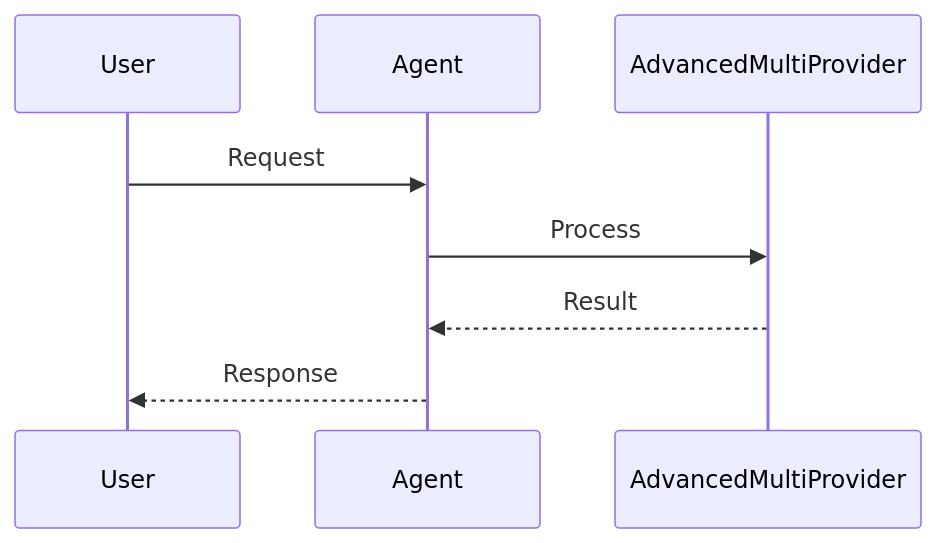
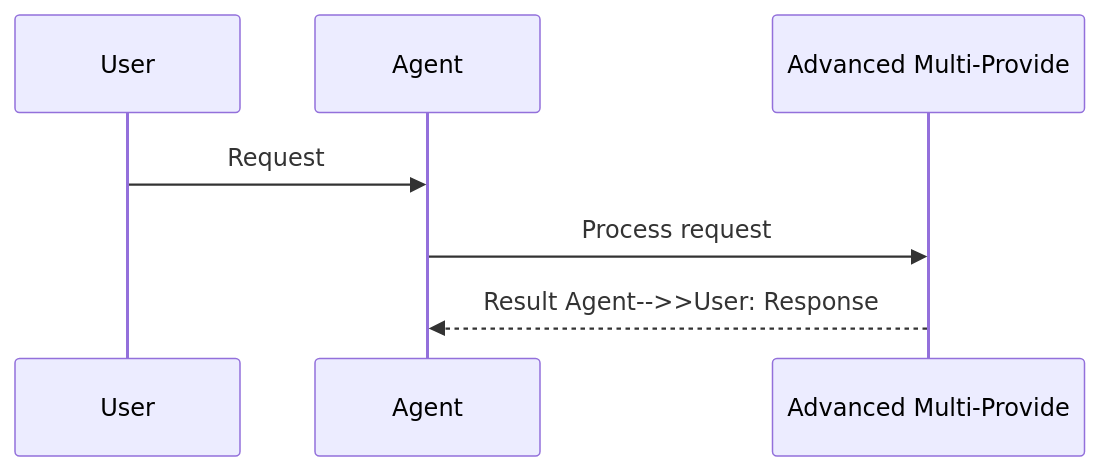
Before and after one commit to MervinPraison/PraisonAIDocs: the second of 2 diagrams in docs/features/multi-provider-advanced.mdx, drawn with Mermaid. The commit also changed 204 other files, not shown here.

First line of the commit message:
docs: align feature/tool pages with AGENTS.md hero + sequence + import standards (fixes #1775)

````diff
--- a/docs/features/multi-provider-advanced.mdx
+++ b/docs/features/multi-provider-advanced.mdx
@@ -44,11 +44,10 @@
 ```mermaid
 sequenceDiagram
     participant User
     participant Agent
-    participant AdvancedMultiProvider
+    participant Feature as Advanced Multi-Provide
 
     User->>Agent: Request
-    Agent->>AdvancedMultiProvider: Process
-    AdvancedMultiProvider-->>Agent: Result
-    Agent-->>User: Response
+    Agent->>Feature: Process request
+    Feature-->>Agent: Result    Agent-->>User: Response
 ```
````
